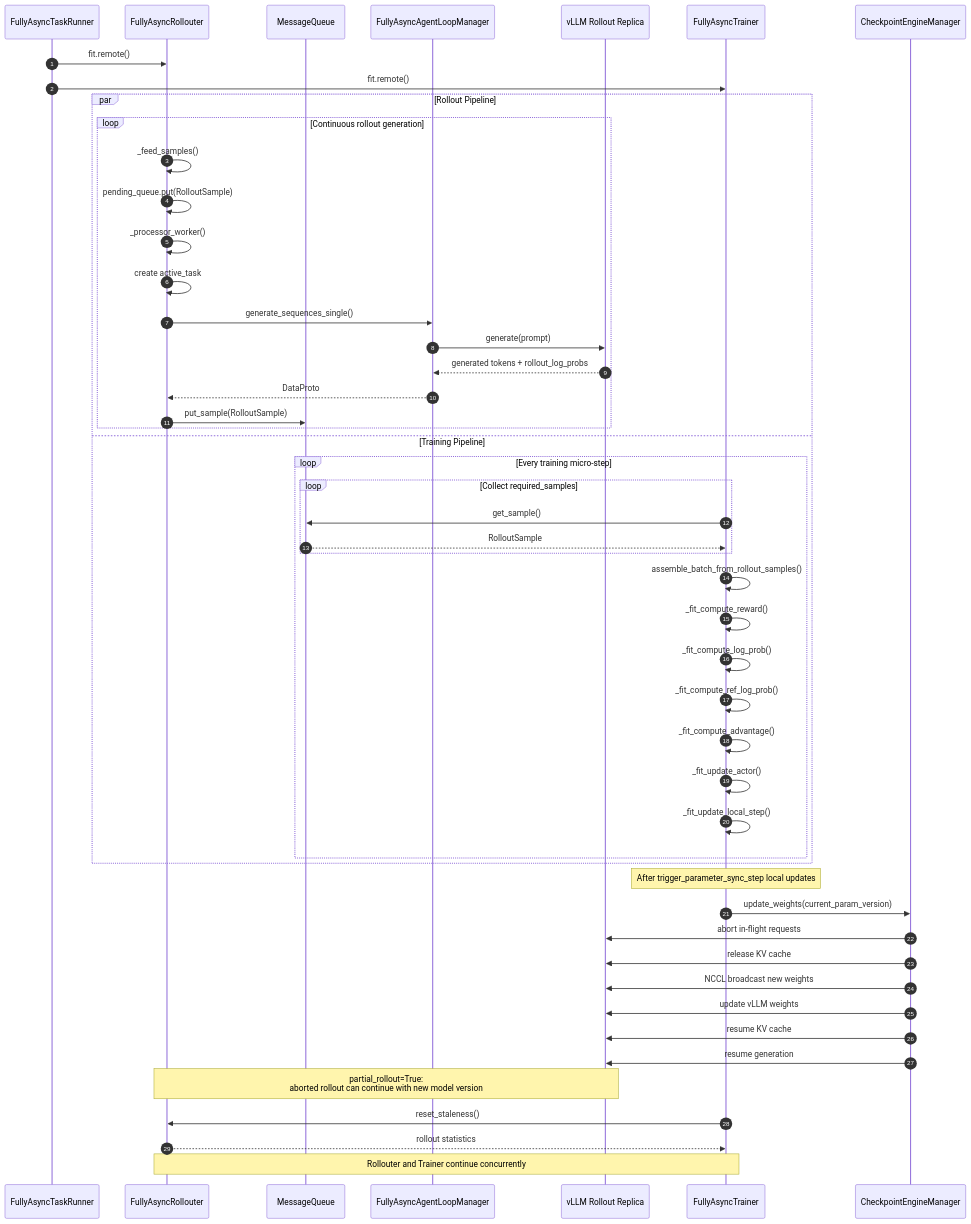
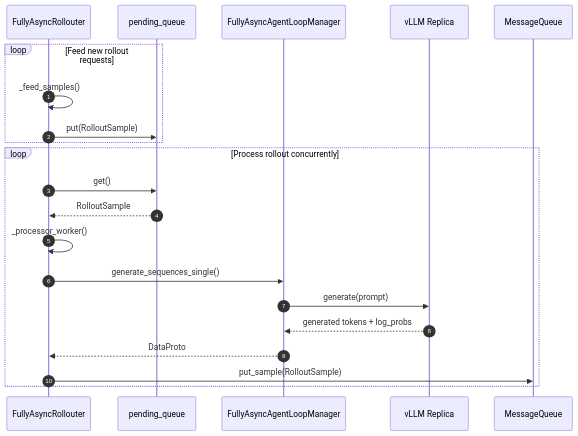
The third of 4 diagrams in fully_async_code_walkthrough.md (Vivicai1005/verl-rocm-tutorials), drawn with Mermaid before and after one commit. The commit also changed other lines of this file, not shown here.

Commit message:
Revise FullyAsyncTaskRunner documentation
Updated the document to clarify the FullyAsyncTaskRunner and its components, including the initialization process and data flow between FullyAsyncRollouter and FullyAsyncTrainer.

````diff
--- a/fully_async_code_walkthrough.md
+++ b/fully_async_code_walkthrough.md
@@ -124,66 +139,29 @@
 ```mermaid
 sequenceDiagram
     autonumber
 
-    participant Main as FullyAsyncTaskRunner
     participant R as FullyAsyncRollouter
+    participant PQ as pending_queue
+    participant ALM as FullyAsyncAgentLoopManager
+    participant V as vLLM Replica
     participant MQ as MessageQueue
-    participant ALM as FullyAsyncAgentLoopManager
-    participant V as vLLM Rollout Replica
-    participant T as FullyAsyncTrainer
-    participant CE as CheckpointEngineManager
 
-    Main->>R: fit.remote()
-    Main->>T: fit.remote()
-
-    par Rollout Pipeline
-        loop Continuous rollout generation
-            R->>R: _feed_samples()
-            R->>R: pending_queue.put(RolloutSample)
-
-            R->>R: _processor_worker()
-            R->>R: create active_task
-
-            R->>ALM: generate_sequences_single()
-            ALM->>V: generate(prompt)
-
-            V-->>ALM: generated tokens + rollout_log_probs
-            ALM-->>R: DataProto
-
-            R->>MQ: put_sample(RolloutSample)
-        end
-
-    and Training Pipeline
-        loop Every training micro-step
-            loop Collect required_samples
-                T->>MQ: get_sample()
-                MQ-->>T: RolloutSample
-            end
-
-            T->>T: assemble_batch_from_rollout_samples()
-            T->>T: _fit_compute_reward()
-            T->>T: _fit_compute_log_prob()
-            T->>T: _fit_compute_ref_log_prob()
-            T->>T: _fit_compute_advantage()
-            T->>T: _fit_update_actor()
-            T->>T: _fit_update_local_step()
-        end
+    loop Feed new rollout requests
+        R->>R: _feed_samples()
+        R->>PQ: put(RolloutSample)
     end
 
-    Note over T: After trigger_parameter_sync_step local updates
+    loop Process rollout concurrently
+        R->>PQ: get()
+        PQ-->>R: RolloutSample
 
-    T->>CE: update_weights(current_param_version)
-    CE->>V: abort in-flight requests
-    CE->>V: release KV cache
-    CE->>V: NCCL broadcast new weights
-    CE->>V: update vLLM weights
-    CE->>V: resume KV cache
-    CE->>V: resume generation
+        R->>R: _processor_worker()
+        R->>ALM: generate_sequences_single()
 
-    Note over R,V: partial_rollout=True:<br/>aborted rollout can continue with new model version
+        ALM->>V: generate(prompt)
+        V-->>ALM: generated tokens + log_probs
 
-    T->>R: reset_staleness()
-    R-->>T: rollout statistics
-
-    Note over R,T: Rollouter and Trainer continue concurrently
+        ALM-->>R: DataProto
+        R->>MQ: put_sample(RolloutSample)
+    end
 ```
````
